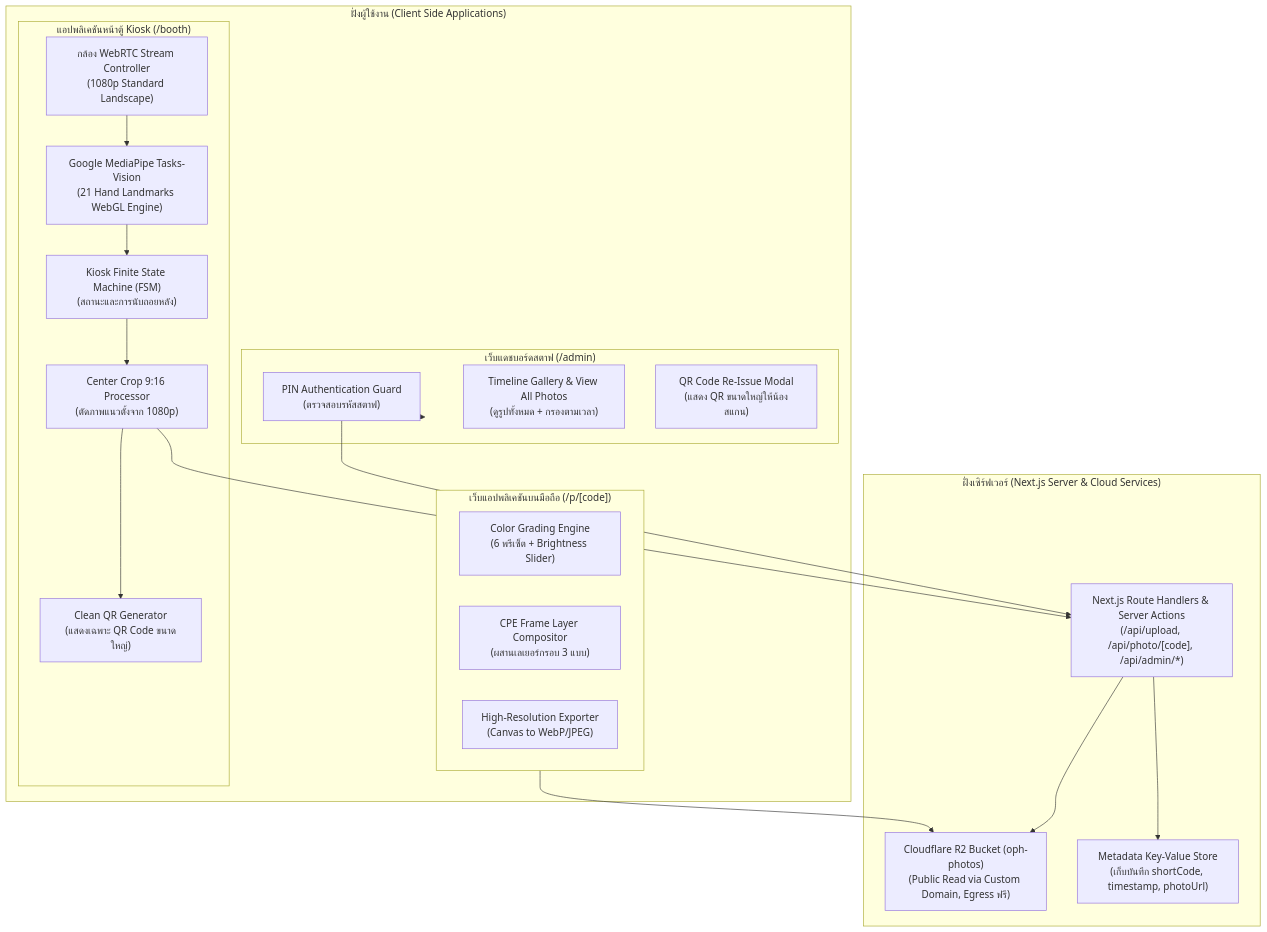
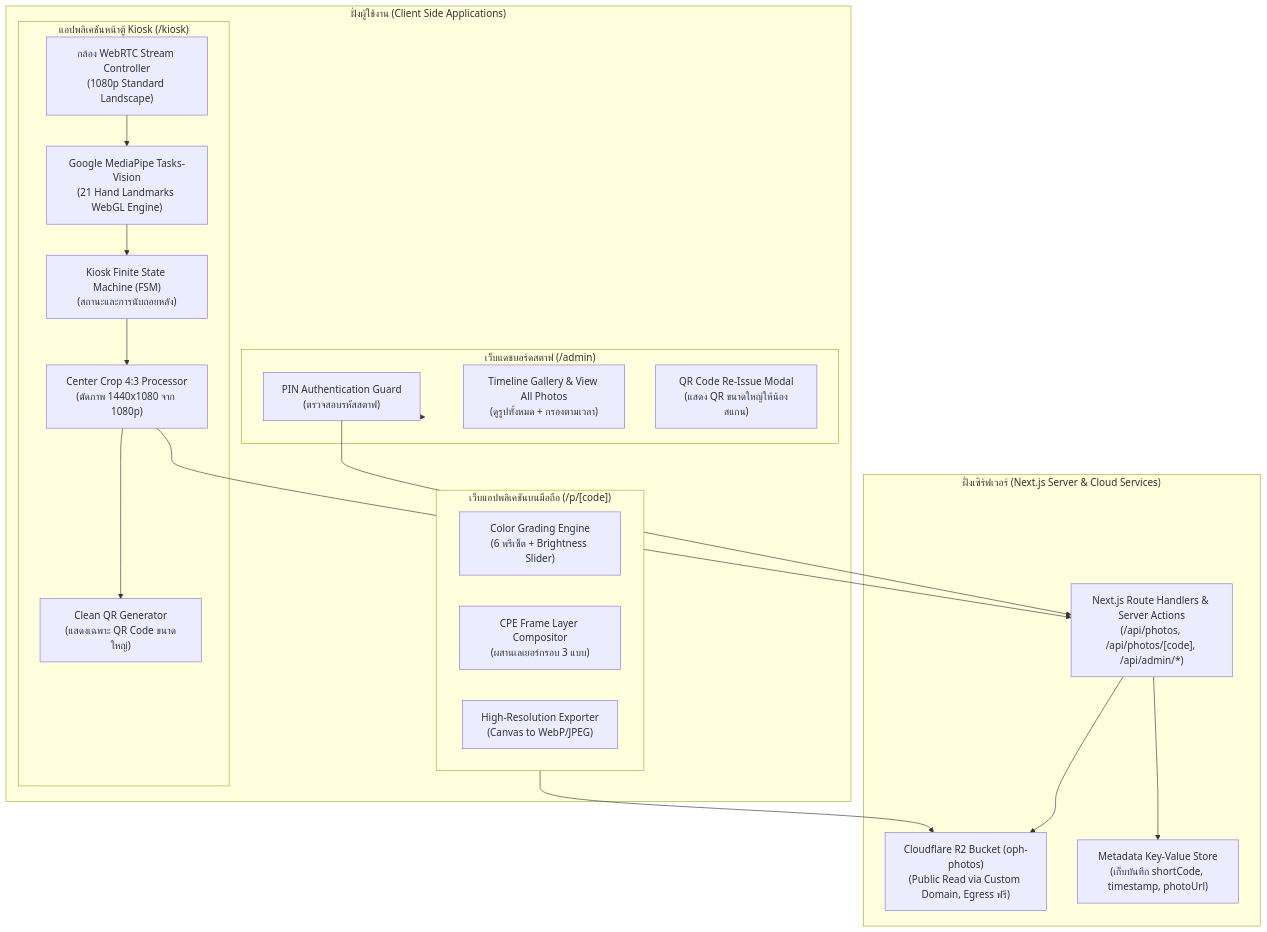
Before and after one commit to icelandz9/swu-openhouse: the second of 6 diagrams in docs/task02-architecture/system-architecture-and-technical-design.md, drawn with Mermaid. The commit also changed other lines of this file and 18 other files, not shown here.

````diff
--- a/docs/task02-architecture/system-architecture-and-technical-design.md
+++ b/docs/task02-architecture/system-architecture-and-technical-design.md
@@ -60,42 +60,42 @@
 ```mermaid
 flowchart TB
     subgraph ClientLayer["ฝั่งผู้ใช้งาน (Client Side Applications)"]
-        subgraph KioskApp["แอปพลิเคชันหน้าตู้ Kiosk (/booth)"]
+        subgraph KioskApp["แอปพลิเคชันหน้าตู้ Kiosk (/kiosk)"]
             WebcamEngine["กล้อง WebRTC Stream Controller<br>(1080p Standard Landscape)"]
             LandmarkModel["Google MediaPipe Tasks-Vision<br>(21 Hand Landmarks WebGL Engine)"]
             KioskFSM["Kiosk Finite State Machine (FSM)<br>(สถานะและการนับถอยหลัง)"]
-            CanvasCropper["Center Crop 9:16 Processor<br>(ตัดภาพแนวตั้งจาก 1080p)"]
+            CanvasCropper["Center Crop 4:3 Processor<br>(ตัดภาพ 1440x1080 จาก 1080p)"]
             CleanQRRenderer["Clean QR Generator<br>(แสดงเฉพาะ QR Code ขนาดใหญ่)"]
         end
 
         subgraph MobileApp["เว็บแอปพลิเคชันบนมือถือ (/p/[code])"]
             ColorGrading["Color Grading Engine<br>(6 พรีเซ็ต + Brightness Slider)"]
             CPEFrameCompositor["CPE Frame Layer Compositor<br>(ผสานเลเยอร์กรอบ 3 แบบ)"]
             HighResExporter["High-Resolution Exporter<br>(Canvas to WebP/JPEG)"]
         end
 
         subgraph StaffApp["เว็บแดชบอร์ดสตาฟ (/admin)"]
             PINAuth["PIN Authentication Guard<br>(ตรวจสอบรหัสสตาฟ)"]
             TimelineGallery["Timeline Gallery & View All Photos<br>(ดูรูปทั้งหมด + กรองตามเวลา)"]
             QRReissueModal["QR Code Re-Issue Modal<br>(แสดง QR ขนาดใหญ่ให้น้องสแกน)"]
         end
     end
 
     subgraph BackendLayer["ฝั่งเซิร์ฟเวอร์ (Next.js Server & Cloud Services)"]
-        APIRoutes["Next.js Route Handlers & Server Actions<br>(/api/upload, /api/photo/[code], /api/admin/*)"]
+        APIRoutes["Next.js Route Handlers & Server Actions<br>(/api/photos, /api/photos/[code], /api/admin/*)"]
         R2Bucket["Cloudflare R2 Bucket (oph-photos)<br>(Public Read via Custom Domain, Egress ฟรี)"]
         MetadataKV["Metadata Key-Value Store<br>(เก็บบันทึก shortCode, timestamp, photoUrl)"]
     end
 
     WebcamEngine --> LandmarkModel
     LandmarkModel --> KioskFSM
     KioskFSM --> CanvasCropper
     CanvasCropper --> APIRoutes
     APIRoutes --> R2Bucket
     APIRoutes --> MetadataKV
     CanvasCropper --> CleanQRRenderer
 
     MobileApp --> R2Bucket
     StaffApp --> PINAuth
     PINAuth --> APIRoutes
 ```
````
